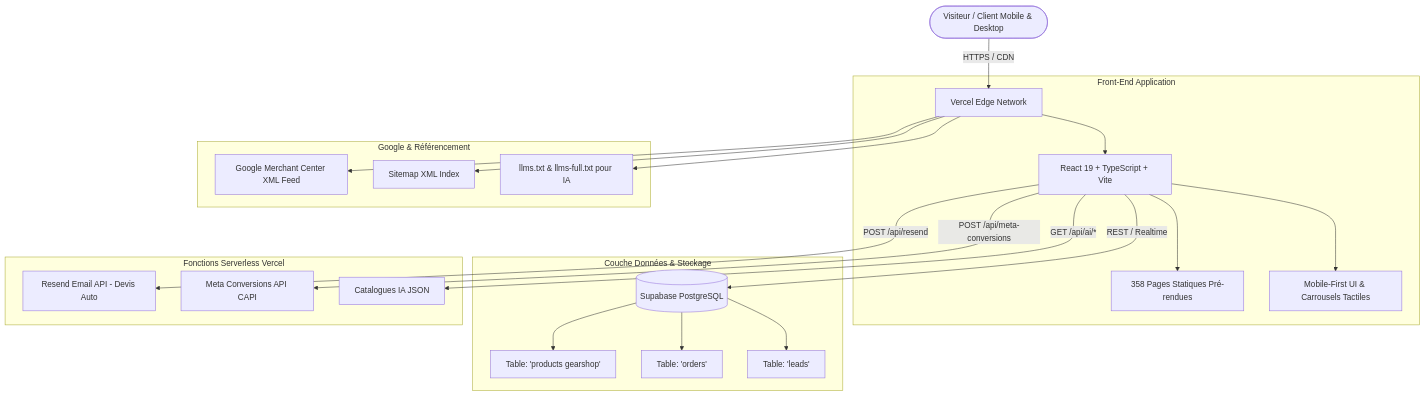
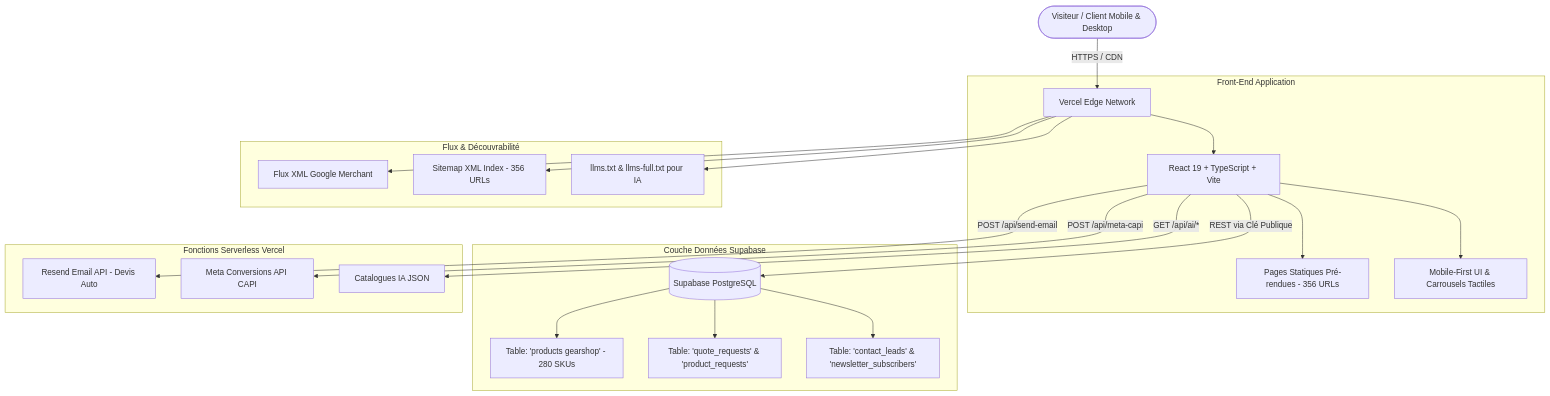
One commit to Anasshlaibi/softstore-professional-lighting changed the diagram in PROJECT_MASTER_DOCUMENTATION.md. Above: the diagram before and after it, drawn with Mermaid. The commit also changed other lines of this file and 2 other files, not shown here.

````diff
--- a/PROJECT_MASTER_DOCUMENTATION.md
+++ b/PROJECT_MASTER_DOCUMENTATION.md
@@ -42,29 +38,29 @@
 ```mermaid
 graph TD
     User([Visiteur / Client Mobile & Desktop]) -->|HTTPS / CDN| VercelEdge[Vercel Edge Network]
     
     subgraph Frontend [Front-End Application]
         VercelEdge --> ReactApp[React 19 + TypeScript + Vite]
-        ReactApp --> SSGPages[358 Pages Statiques Pré-rendues]
+        ReactApp --> SSGPages[Pages Statiques Pré-rendues - 356 URLs]
         ReactApp --> MobileUX[Mobile-First UI & Carrousels Tactiles]
     end
     
-    subgraph DataLayer [Couche Données & Stockage]
-        ReactApp -->|REST / Realtime| SupabaseDB[(Supabase PostgreSQL)]
-        SupabaseDB --> ProductsTable[Table: 'products gearshop']
-        SupabaseDB --> OrdersTable[Table: 'orders']
-        SupabaseDB --> LeadsTable[Table: 'leads']
+    subgraph DataLayer [Couche Données Supabase]
+        ReactApp -->|REST via Clé Publique| SupabaseDB[(Supabase PostgreSQL)]
+        SupabaseDB --> ProductsTable[Table: 'products gearshop' - 280 SKUs]
+        SupabaseDB --> QuoteTable[Table: 'quote_requests' & 'product_requests']
+        SupabaseDB --> LeadsTable[Table: 'contact_leads' & 'newsletter_subscribers']
     end
     
     subgraph ServerlessAPIs [Fonctions Serverless Vercel]
-        ReactApp -->|POST /api/resend| ResendAPI[Resend Email API - Devis Auto]
-        ReactApp -->|POST /api/meta-conversions| MetaCAPI[Meta Conversions API CAPI]
+        ReactApp -->|POST /api/send-email| ResendAPI[Resend Email API - Devis Auto]
+        ReactApp -->|POST /api/meta-capi| MetaCAPI[Meta Conversions API CAPI]
         ReactApp -->|GET /api/ai/*| AIApiEndpoints[Catalogues IA JSON]
     end
-    
-    subgraph Integrations [Google & Référencement]
-        VercelEdge --> GoogleMerchant[Google Merchant Center XML Feed]
-        VercelEdge --> GoogleSitemap[Sitemap XML Index]
+
+    subgraph SyndicationLayer [Flux & Découvrabilité]
+        VercelEdge --> GoogleMerchant[Flux XML Google Merchant]
+        VercelEdge --> GoogleSitemap[Sitemap XML Index - 356 URLs]
         VercelEdge --> LLMFeeds[llms.txt & llms-full.txt pour IA]
     end
 ```
````
